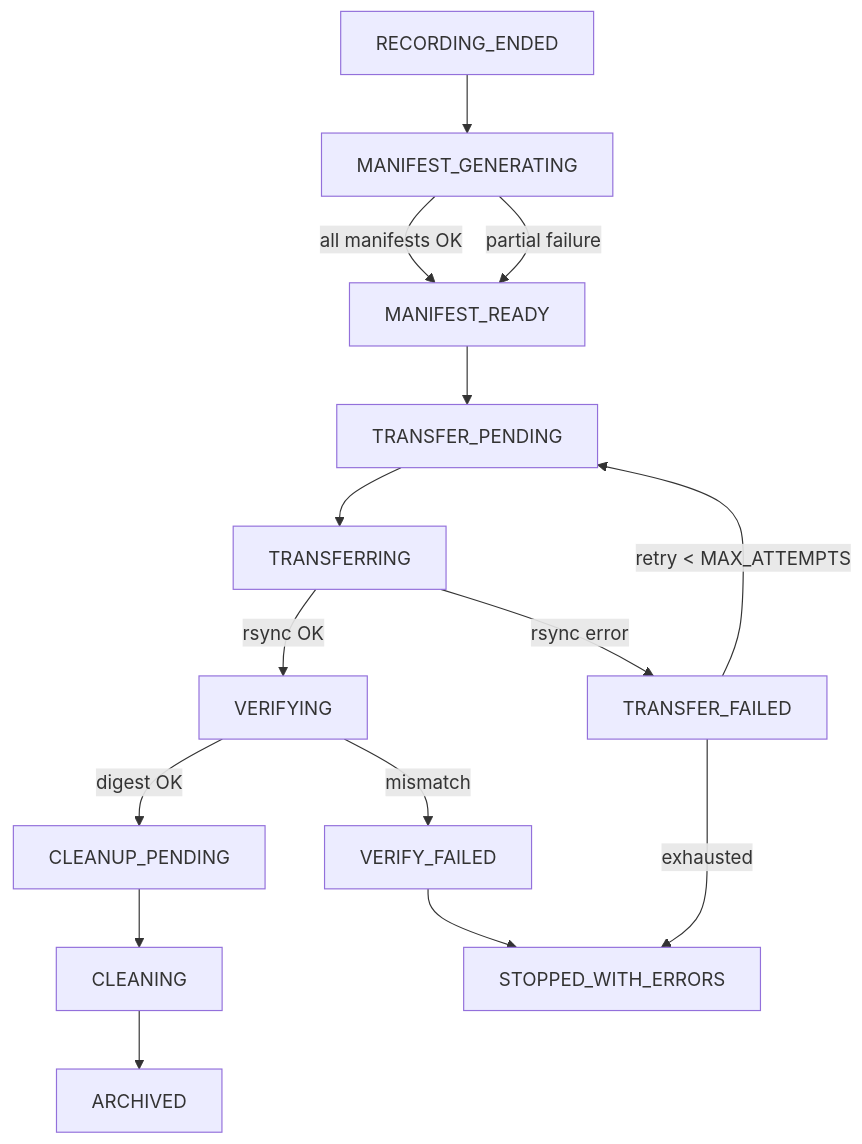
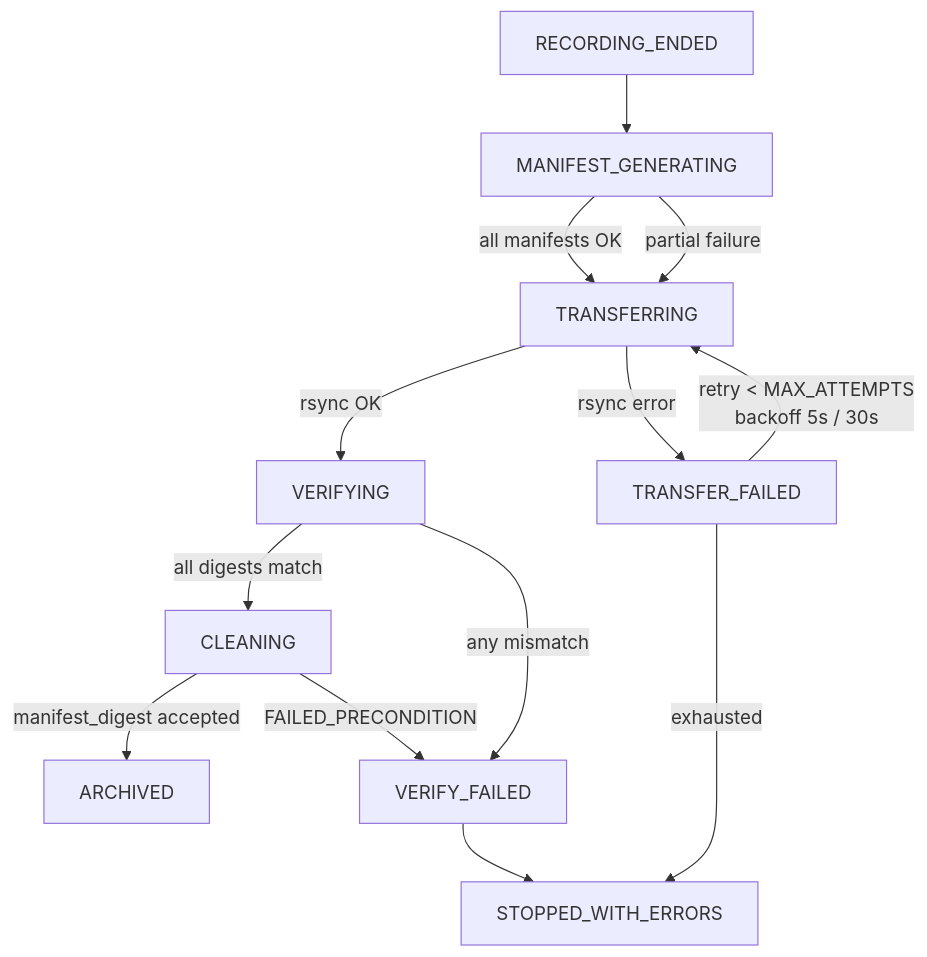
One commit to panoseti/panoseti changed the third of 4 diagrams in control/TRANSACTIONS.md. Above: the diagram before and after it, drawn with Mermaid. The commit also changed other lines of this file and 4 other files, not shown here.

````diff
--- a/control/TRANSACTIONS.md
+++ b/control/TRANSACTIONS.md
@@ -149,17 +149,15 @@
 ```mermaid
 flowchart TD
     RE[RECORDING_ENDED] --> MG[MANIFEST_GENERATING]
-    MG -- all manifests OK --> MR[MANIFEST_READY]
-    MG -- partial failure --> MR
-    MR --> TP[TRANSFER_PENDING]
-    TP --> TF[TRANSFERRING]
-    TF -- rsync OK --> VY[VERIFYING]
-    TF -- rsync error --> TFail[TRANSFER_FAILED]
-    TFail -- retry < MAX_ATTEMPTS --> TP
+    MG -- all manifests OK --> TR[TRANSFERRING]
+    MG -- partial failure --> TR
+    TR -- rsync OK --> VY[VERIFYING]
+    TR -- rsync error --> TFail[TRANSFER_FAILED]
+    TFail -- retry < MAX_ATTEMPTS\nbackoff 5s / 30s --> TR
     TFail -- exhausted --> SE[STOPPED_WITH_ERRORS]
-    VY -- digest OK --> CP[CLEANUP_PENDING]
-    VY -- mismatch --> VF[VERIFY_FAILED]
+    VY -- all digests match --> CL[CLEANING]
+    VY -- any mismatch --> VF[VERIFY_FAILED]
     VF --> SE
-    CP --> CL[CLEANING]
-    CL --> AR[ARCHIVED]
+    CL -- manifest_digest accepted --> AR[ARCHIVED]
+    CL -- FAILED_PRECONDITION --> VF
 ```
````
